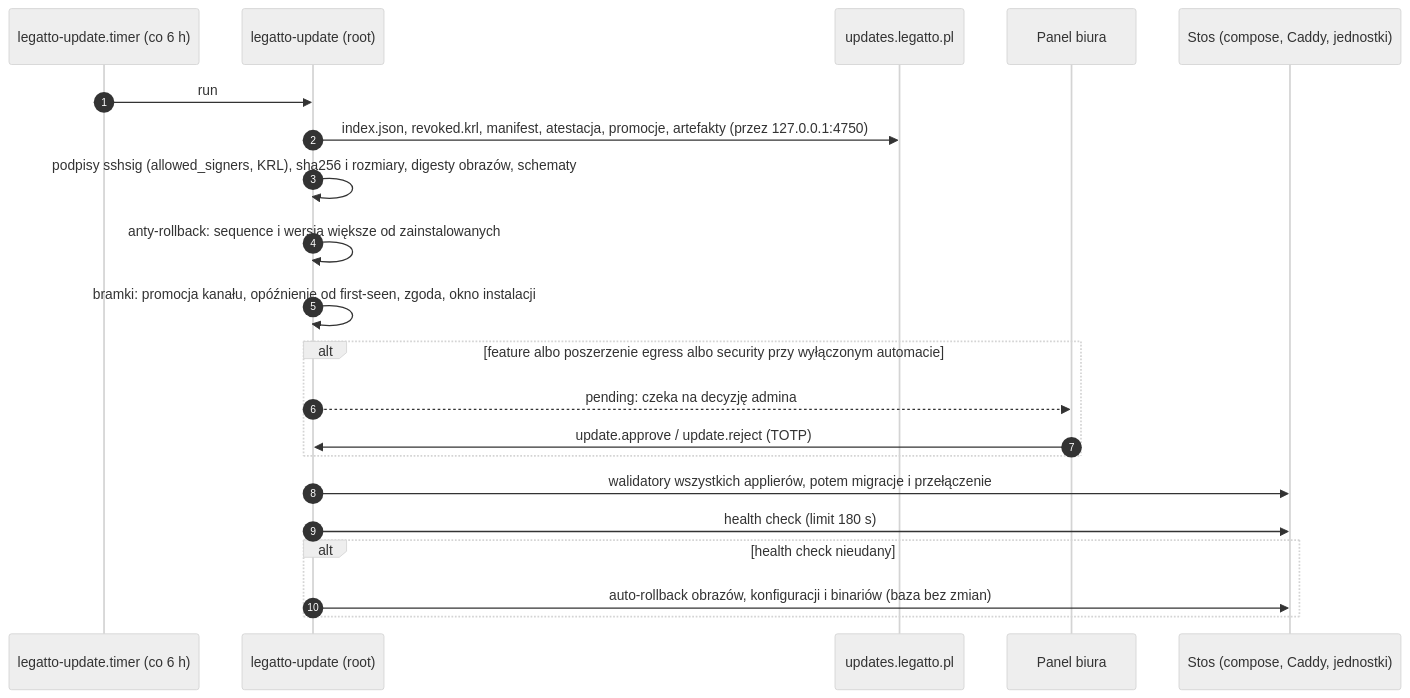
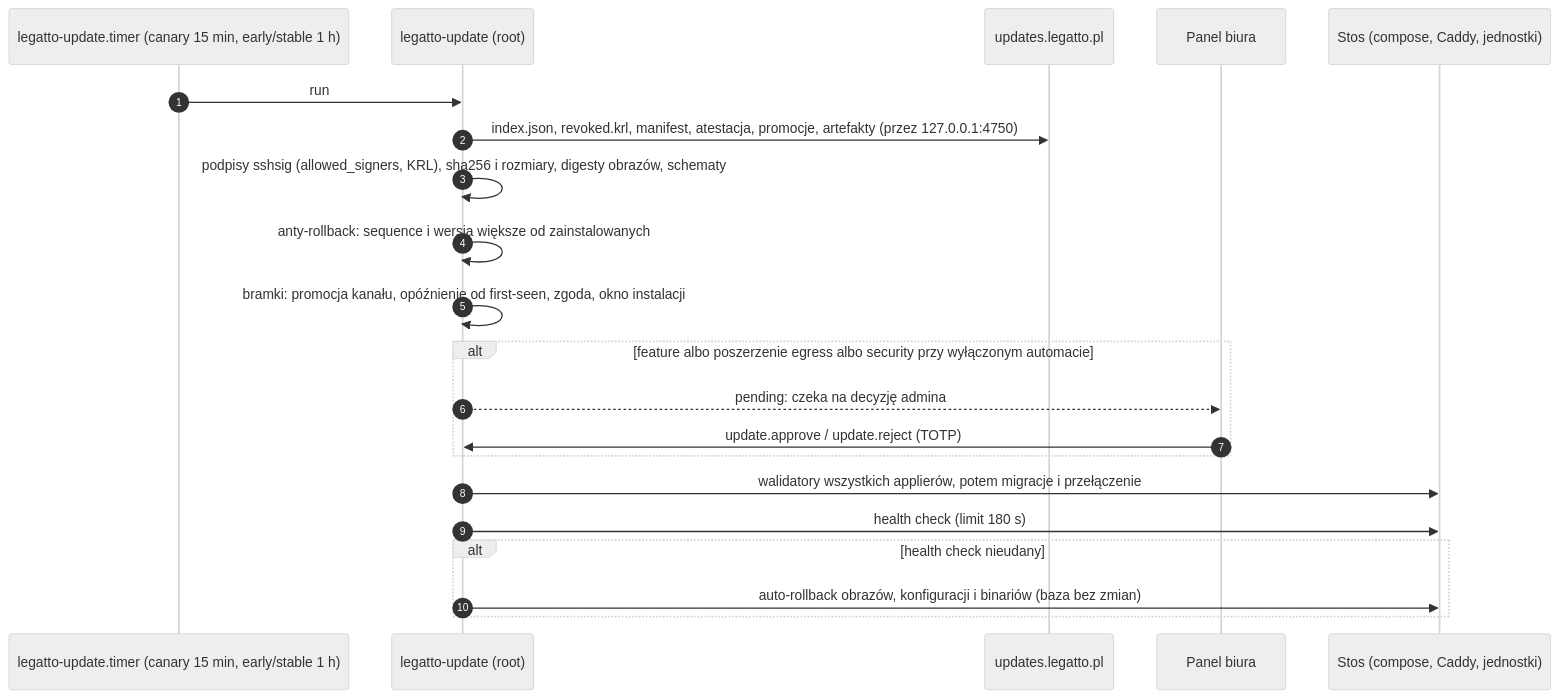
Before and after one commit to JakubLog/legatto-node: the fourth of 9 diagrams in docs/ARCHITECTURE.md, drawn with Mermaid (neutral theme). The commit also changed other lines of this file and 82 other files, not shown here.

````diff
--- a/docs/ARCHITECTURE.md
+++ b/docs/ARCHITECTURE.md
@@ -203,24 +202,24 @@
 ```mermaid
 sequenceDiagram
   autonumber
-  participant T as legatto-update.timer (co 6 h)
+  participant T as legatto-update.timer (canary 15 min, early/stable 1 h)
   participant U as legatto-update (root)
   participant R as updates.legatto.pl
   participant A as Panel biura
   participant S as Stos (compose, Caddy, jednostki)
 
   T->>U: run
   U->>R: index.json, revoked.krl, manifest, atestacja, promocje, artefakty (przez 127.0.0.1:4750)
   U->>U: podpisy sshsig (allowed_signers, KRL), sha256 i rozmiary, digesty obrazów, schematy
   U->>U: anty-rollback: sequence i wersja większe od zainstalowanych
   U->>U: bramki: promocja kanału, opóźnienie od first-seen, zgoda, okno instalacji
   alt feature albo poszerzenie egress albo security przy wyłączonym automacie
     U-->>A: pending: czeka na decyzję admina
     A->>U: update.approve / update.reject (TOTP)
   end
   U->>S: walidatory wszystkich applierów, potem migracje i przełączenie
   U->>S: health check (limit 180 s)
   alt health check nieudany
     U->>S: auto-rollback obrazów, konfiguracji i binariów (baza bez zmian)
   end
 ```
````
